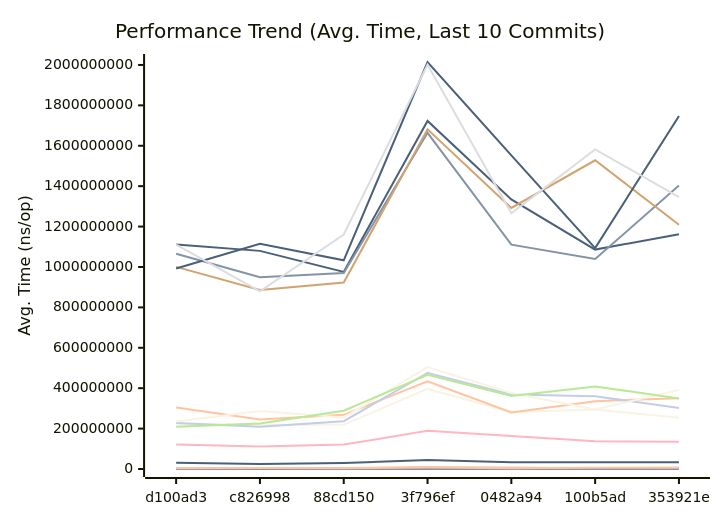
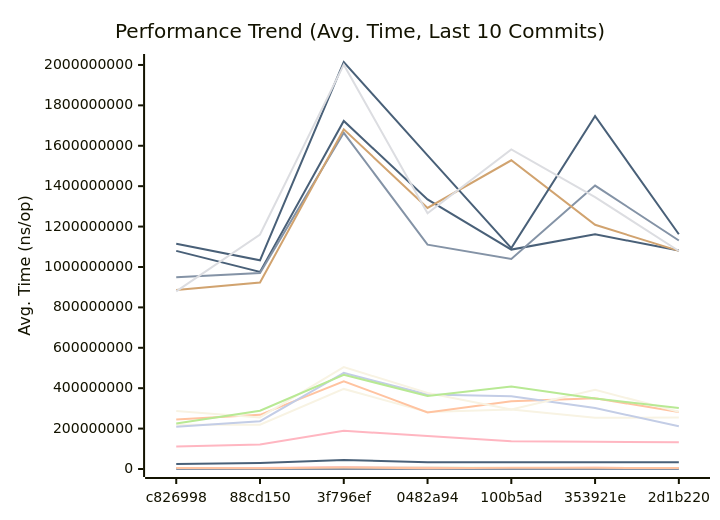
Before and after one commit to alsotoes/momo: the first of 3 diagrams in docs/PERFORMANCE.md, drawn with Mermaid. The commit also changed other lines of this file and 2 other files, not shown here.

````diff
--- a/docs/PERFORMANCE.md
+++ b/docs/PERFORMANCE.md
@@ -252,42 +252,42 @@
 ```mermaid
 xychart-beta
     title "Performance Trend (Avg. Time, Last 10 Commits)"
     x-axis "Commit"
     y-axis "Avg. Time (ns/op)"
-    x-axis [d100ad3,c826998,88cd150,3f796ef,0482a94,100b5ad,353921e]
-    line "AWSChunkedReaderSigned" [513734,453907,508785,905557,534318,636346,690357,622918,512707,501241]
-    line "AWSChunkedReaderUnsigned" [555370,434075,493616,894454,593403,613680,684347,616129,457742,556893]
-    line "CheckMetricsAndSwap" [10,10,9,15,11,13,14,14,10,10]
-    line "CrushOptimized" [388,377,359,624,439,383,433,463,354,433]
-    line "CrushOriginal" [510,457,482,891,591,678,598,642,502,597]
-    line "FormatListObjectsV2XML_AppendFormat" [825885,607733,755798,1466071,913648,876655,1035620,900618,648718,775274]
-    line "FormatListObjectsV2XML_OldFormat" [457438,384420,452349,876006,527726,499237,554225,498654,406141,479265]
-    line "HashBytes/1MiB" [3234966,3413080,3456264,5810430,3924626,3806841,4997033,4520322,3555390,4784039]
-    line "HashBytes/256MiB" [1110812216,1079738977,975610814,1722861401,1334138916,1086104803,1161959394,1081431052,798133130,1113482493]
-    line "HashBytes/64MiB" [223678991,219197938,219466744,396388379,282406448,294324496,253497415,254442334,225124511,298951068]
-    line "HashFile/1MiB" [4016890,4018511,4015638,6883319,4730225,4355866,5020414,4836717,3959247,3915050]
-    line "HashFile/256MiB" [1065256239,948781835,970019312,1664168720,1110334520,1039461142,1402967574,1130963414,1055197690,1258679744]
-    line "HashFile/64MiB" [304125965,245379512,268034657,434196622,280320210,335648128,350050718,282645449,218474314,322488540]
-    line "IndexDirectTracking" [1,0,0,1,1,0,1,1,0,1]
-    line "IndexSearch" [3,2,2,4,2,2,3,2,2,2]
-    line "LoadGlobalConfig" [10521,10213,10358,20717,13477,12586,12915,11283,9939,13465]
-    line "LocalWrite/1MiB" [523182,386063,1014308,861821,620083,533203,606315,575526,474416,479322]
-    line "LocalWrite/256MiB" [120742842,111644085,120805038,188719012,163107200,137014284,135157963,132539343,118094125,126110483]
-    line "LocalWrite/64MiB" [31091015,24172266,30061816,44391316,34009604,32925149,33266024,33235605,33404598,32661319]
-    line "PadString" [57,43,54,108,74,66,65,63,47,69]
+    x-axis [c826998,88cd150,3f796ef,0482a94,100b5ad,353921e,2d1b220]
+    line "AWSChunkedReaderSigned" [453907,508785,905557,534318,636346,690357,622918,512707,501241,721946]
+    line "AWSChunkedReaderUnsigned" [434075,493616,894454,593403,613680,684347,616129,457742,556893,695362]
+    line "CheckMetricsAndSwap" [10,9,15,11,13,14,14,10,10,14]
+    line "CrushOptimized" [377,359,624,439,383,433,463,354,433,532]
+    line "CrushOriginal" [457,482,891,591,678,598,642,502,597,715]
+    line "FormatListObjectsV2XML_AppendFormat" [607733,755798,1466071,913648,876655,1035620,900618,648718,775274,1080271]
+    line "FormatListObjectsV2XML_OldFormat" [384420,452349,876006,527726,499237,554225,498654,406141,479265,671030]
+    line "HashBytes/1MiB" [3413080,3456264,5810430,3924626,3806841,4997033,4520322,3555390,4784039,3995457]
+    line "HashBytes/256MiB" [1079738977,975610814,1722861401,1334138916,1086104803,1161959394,1081431052,798133130,1113482493,1284091050]
+    line "HashBytes/64MiB" [219197938,219466744,396388379,282406448,294324496,253497415,254442334,225124511,298951068,308162718]
+    line "HashFile/1MiB" [4018511,4015638,6883319,4730225,4355866,5020414,4836717,3959247,3915050,5430358]
+    line "HashFile/256MiB" [948781835,970019312,1664168720,1110334520,1039461142,1402967574,1130963414,1055197690,1258679744,1441073207]
+    line "HashFile/64MiB" [245379512,268034657,434196622,280320210,335648128,350050718,282645449,218474314,322488540,355303054]
+    line "IndexDirectTracking" [0,0,1,1,0,1,1,0,1,1]
+    line "IndexSearch" [2,2,4,2,2,3,2,2,2,3]
+    line "LoadGlobalConfig" [10213,10358,20717,13477,12586,12915,11283,9939,13465,16787]
+    line "LocalWrite/1MiB" [386063,1014308,861821,620083,533203,606315,575526,474416,479322,627788]
+    line "LocalWrite/256MiB" [111644085,120805038,188719012,163107200,137014284,135157963,132539343,118094125,126110483,141240477]
+    line "LocalWrite/64MiB" [24172266,30061816,44391316,34009604,32925149,33266024,33235605,33404598,32661319,39561620]
+    line "PadString" [43,54,108,74,66,65,63,47,69,97]
     line "ParseReplicationOrder_NoPrealloc" [350,349,357,354,345,225,229,165,232,234]
     line "ParseReplicationOrder_Prealloc" [229,231,237,234,229,108,107,80,110,109]
-    line "Placement" [5565,5457,4982,9769,7169,6982,6435,6648,4864,6529]
-    line "PlacementDomainSpread" [5726,5715,5363,10254,7367,6165,7125,6936,5246,8024]
-    line "ReadVerify/1MiB" [3880705,3695998,3063023,6669899,5893653,4349552,4844958,4821081,3882918,3731377]
-    line "ReadVerify/256MiB" [1000480549,885690851,923410779,1681161525,1292102083,1527966144,1208865206,1079520105,1058504265,1020754000]
-    line "ReadVerify/64MiB" [227817182,208677144,236746582,475503443,368423405,360046306,301883250,211152290,244603172,284251269]
-    line "S3PutSpool/1MiB" [4130137,3968364,5120338,8098804,5792248,4040951,5594802,4971787,5964641,5931927]
-    line "S3PutSpool/256MiB" [992342042,1114984906,1033132692,2014620633,1552306291,1093403586,1746985899,1161989262,1392397511,1157791795]
-    line "S3PutSpool/64MiB" [234949006,287125834,255515959,504549456,376146327,294844128,391765533,283817898,367879613,355148274]
-    line "SanitizeLog/Safe" [286,222,310,494,332,277,365,264,226,242]
-    line "SanitizeLog/Unsafe" [848,591,715,1256,854,1098,1183,1013,768,930]
-    line "TrustedRead/1MiB" [3222989,4353885,3601064,7771585,4314592,6674262,5737318,4407789,4777459,4326085]
-    line "TrustedRead/256MiB" [1110598924,879089092,1160948664,2001362379,1265914846,1581862210,1346158360,1079106743,1430194708,1367894050]
-    line "TrustedRead/64MiB" [208613545,224760418,288480214,466675929,361331755,408809763,349215436,302381501,362734452,260957497]
+    line "Placement" [5457,4982,9769,7169,6982,6435,6648,4864,6529,7421]
+    line "PlacementDomainSpread" [5715,5363,10254,7367,6165,7125,6936,5246,8024,8867]
+    line "ReadVerify/1MiB" [3695998,3063023,6669899,5893653,4349552,4844958,4821081,3882918,3731377,5836051]
+    line "ReadVerify/256MiB" [885690851,923410779,1681161525,1292102083,1527966144,1208865206,1079520105,1058504265,1020754000,1422892660]
+    line "ReadVerify/64MiB" [208677144,236746582,475503443,368423405,360046306,301883250,211152290,244603172,284251269,341875566]
+    line "S3PutSpool/1MiB" [3968364,5120338,8098804,5792248,4040951,5594802,4971787,5964641,5931927,6588614]
+    line "S3PutSpool/256MiB" [1114984906,1033132692,2014620633,1552306291,1093403586,1746985899,1161989262,1392397511,1157791795,1438649885]
+    line "S3PutSpool/64MiB" [287125834,255515959,504549456,376146327,294844128,391765533,283817898,367879613,355148274,389689212]
+    line "SanitizeLog/Safe" [222,310,494,332,277,365,264,226,242,388]
+    line "SanitizeLog/Unsafe" [591,715,1256,854,1098,1183,1013,768,930,1274]
+    line "TrustedRead/1MiB" [4353885,3601064,7771585,4314592,6674262,5737318,4407789,4777459,4326085,5334409]
+    line "TrustedRead/256MiB" [879089092,1160948664,2001362379,1265914846,1581862210,1346158360,1079106743,1430194708,1367894050,1290238092]
+    line "TrustedRead/64MiB" [224760418,288480214,466675929,361331755,408809763,349215436,302381501,362734452,260957497,306360304]
 ```
````
